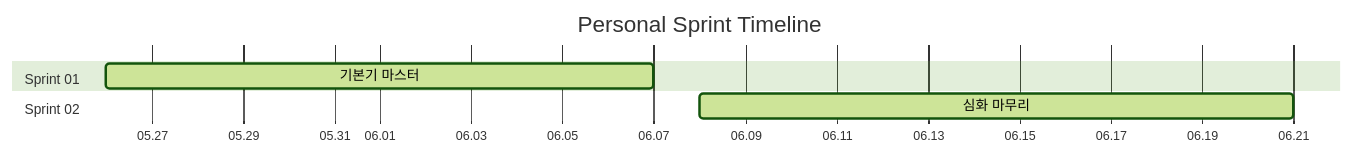
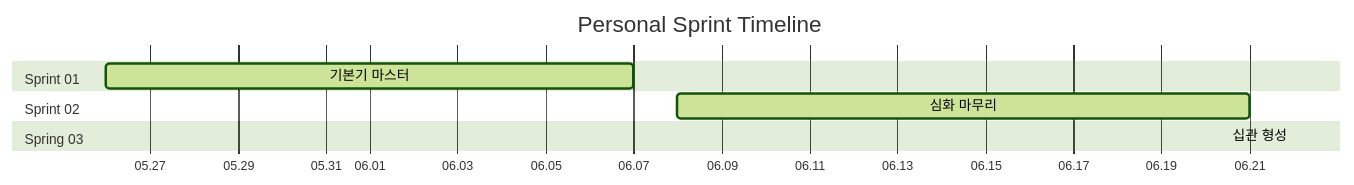
Before and after one commit to Vryez11/personal-sprint: the diagram in README.md, drawn with Mermaid (forest theme). The commit also changed other lines of this file and 2 other files, not shown here.

````diff
--- a/README.md
+++ b/README.md
@@ -17,10 +17,12 @@
 ```mermaid
 gantt
     title Personal Sprint Timeline
     dateFormat YYYY-MM-DD
     axisFormat %m.%d
     section Sprint 01
     기본기 마스터 :active, s1, 2026-05-26, 2026-06-07
     section Sprint 02
     심화 마무리 :active, s1, 2026-06-08, 2026-06-21
+    section Spring 03
+    십관 형성 :active, s1, 2026-06-22, 2026-07.05
 ```
````
